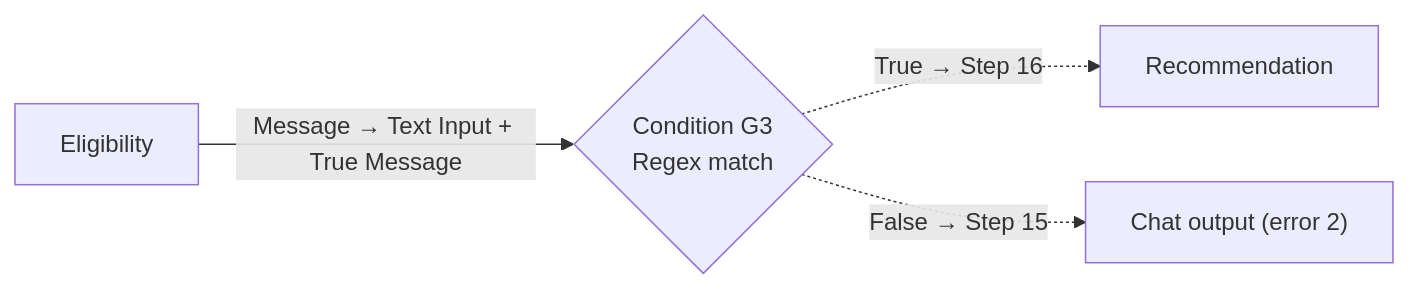
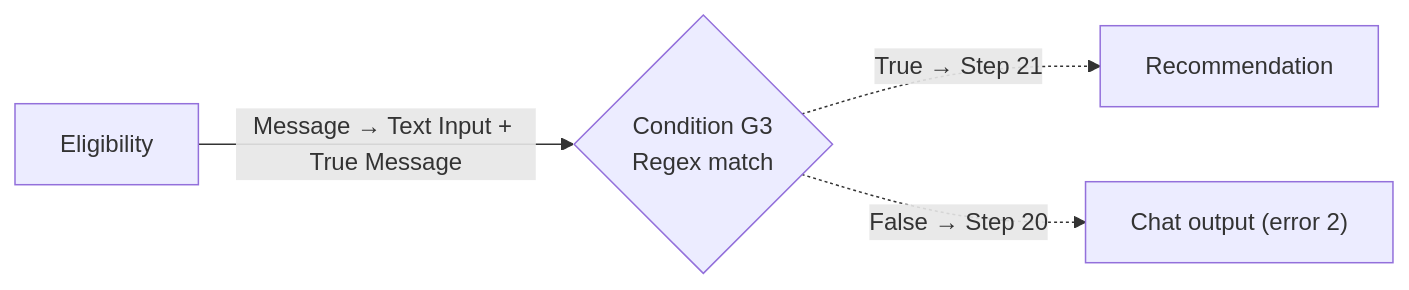
Diagram 19 of 23 in paf/flows/CHAT_WORKFLOW.md (vmleon/oracle-database-private-agent-factory-poc), drawn with Mermaid before and after one commit. The commit also changed other lines of this file and 10 other files, not shown here.

````diff
--- a/paf/flows/CHAT_WORKFLOW.md
+++ b/paf/flows/CHAT_WORKFLOW.md
@@ -401,6 +485,6 @@
 ```mermaid
 flowchart LR
     A["Eligibility"] -->|Message → Text Input + True Message| G3{"Condition G3<br/>Regex match"}
-    G3 -.->|True → Step 16| RC["Recommendation"]
-    G3 -.->|False → Step 15| OE2["Chat output (error 2)"]
+    G3 -.->|True → Step 21| RC["Recommendation"]
+    G3 -.->|False → Step 20| OE2["Chat output (error 2)"]
 ```
````
